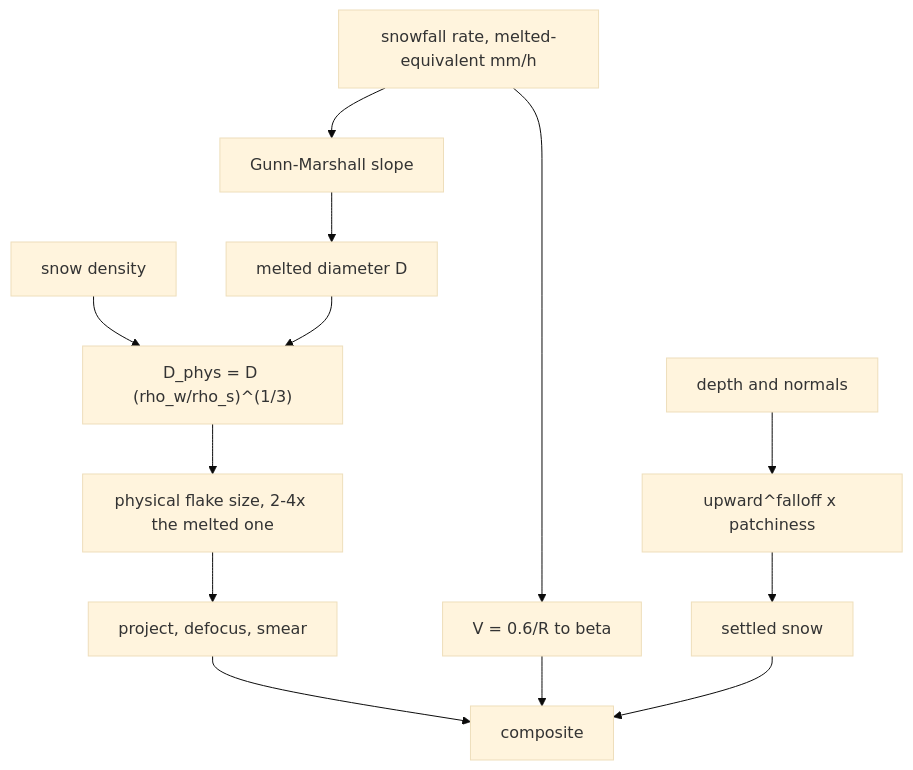
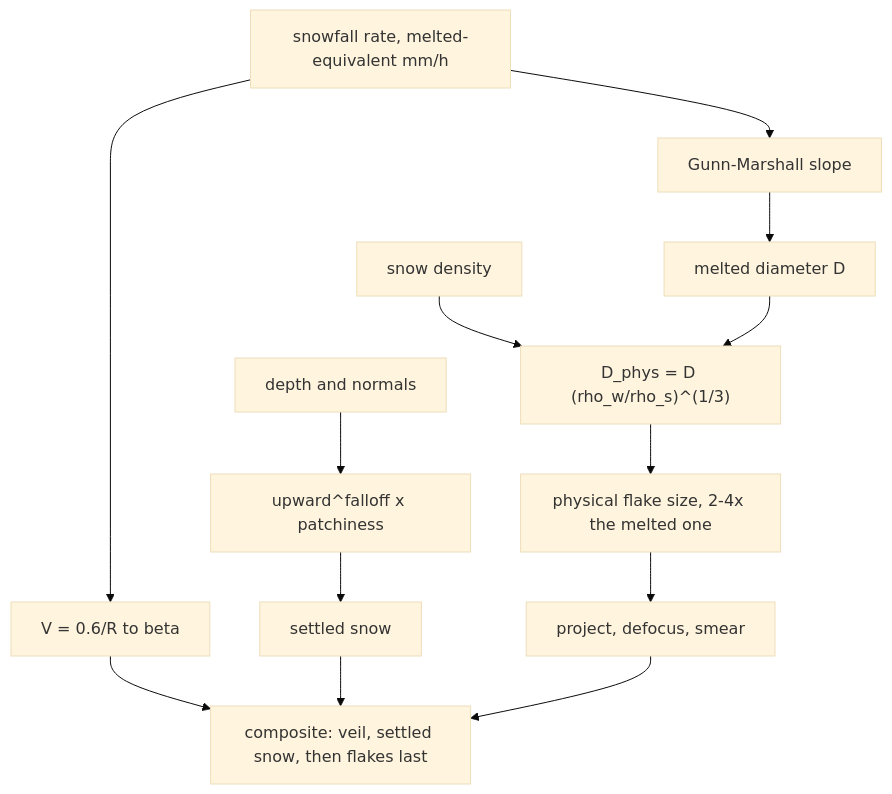
One commit to desmoteo/surmentations changed the diagram in docs/transforms/RandomSnow.md. Above: the diagram before and after it, drawn with Mermaid (base theme). The commit also changed 5 other files, not shown here.

First line of the commit message:
Draw the rain's streaks, and the snow's flakes, last

````diff
--- a/docs/transforms/RandomSnow.md
+++ b/docs/transforms/RandomSnow.md
@@ -15,15 +15,15 @@
 ```mermaid
 flowchart TD
     RATE["snowfall rate, melted-equivalent mm/h"] --> GM["Gunn-Marshall slope"]
     GM --> DM["melted diameter D"]
     RHO["snow density"] --> CONV["D_phys = D (rho_w/rho_s)^(1/3)"]
     DM --> CONV
     CONV --> SIZE["physical flake size, 2-4x the melted one"]
     SIZE --> PROJ["project, defocus, smear"]
     RATE --> VEIL["V = 0.6/R to beta"]
     DEPTH["depth and normals"] --> ACC["upward^falloff x patchiness"]
     ACC --> SETTLE["settled snow"]
-    PROJ --> COMP["composite"]
-    VEIL --> COMP
+    VEIL --> COMP["composite: veil, settled snow, then flakes last"]
     SETTLE --> COMP
+    PROJ --> COMP
 ```
````
